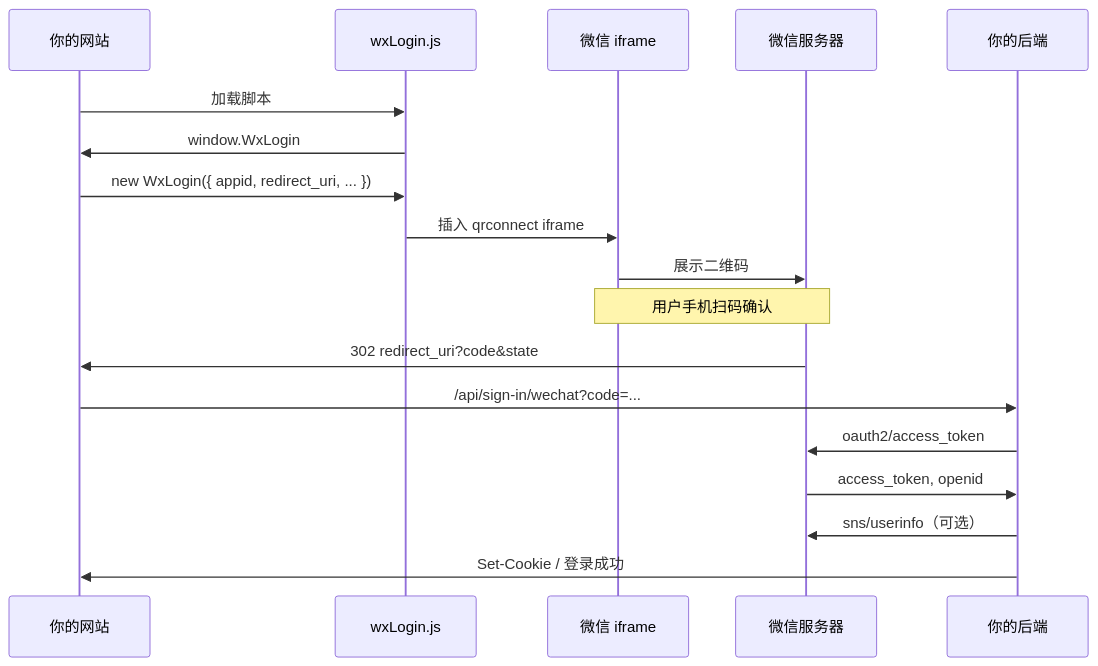
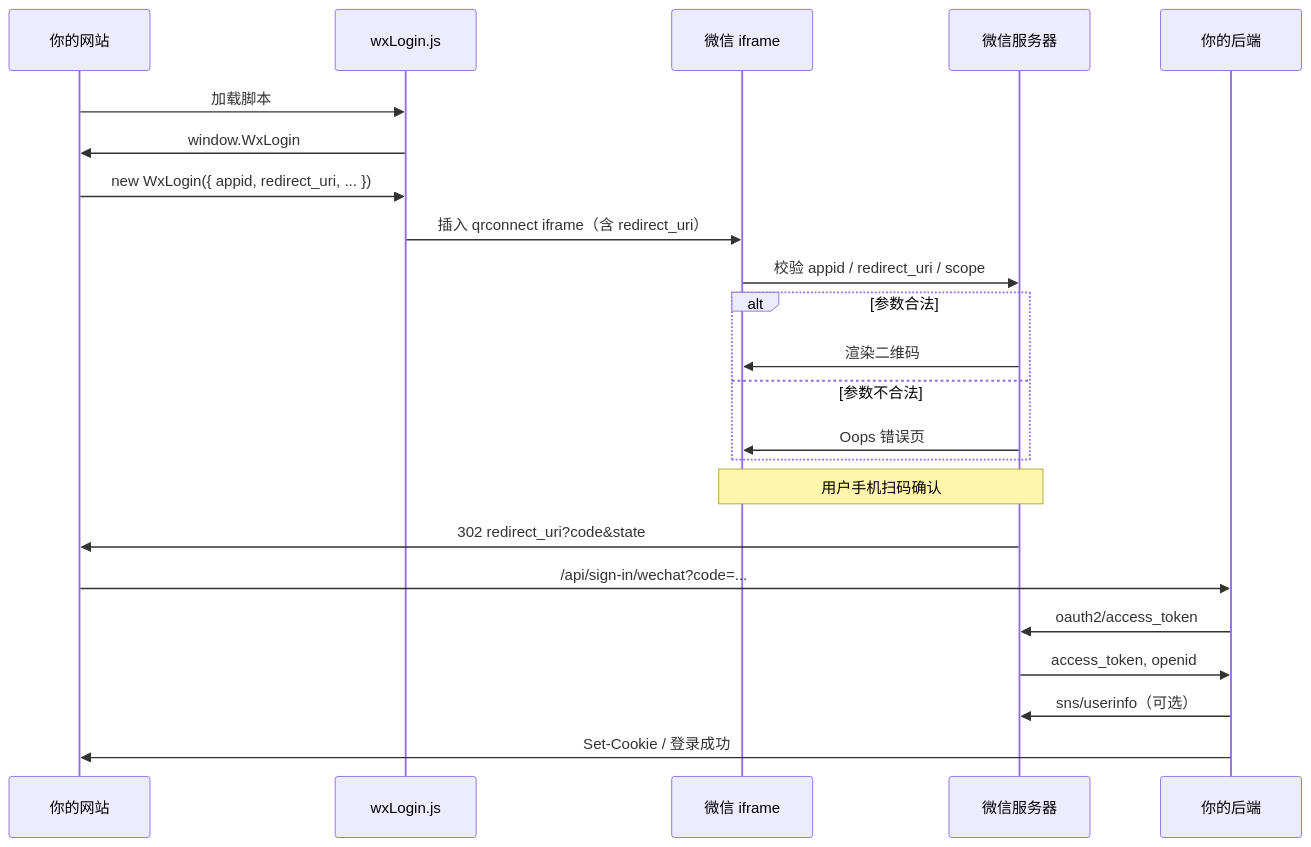
The diagram in docs/posts/需求实现/登录鉴权/微信开放平台网站扫码登录：WxLogin 二维码从哪来.md (herongdev/blog), drawn with Mermaid before and after one commit. The commit also changed other lines of this file, not shown here.

Commit message:
fix: 更新微信扫码登录文档，明确 `redirect_uri` 在二维码生成阶段的校验影响，增加常见错误排查细节

````diff
--- a/docs/posts/需求实现/登录鉴权/微信开放平台网站扫码登录：WxLogin 二维码从哪来.md
+++ b/docs/posts/需求实现/登录鉴权/微信开放平台网站扫码登录：WxLogin 二维码从哪来.md
@@ -153,21 +212,26 @@
 ```mermaid
 sequenceDiagram
   participant Page as 你的网站
   participant WxJS as wxLogin.js
   participant Iframe as 微信 iframe
   participant WX as 微信服务器
   participant API as 你的后端
 
   Page->>WxJS: 加载脚本
   WxJS->>Page: window.WxLogin
   Page->>WxJS: new WxLogin({ appid, redirect_uri, ... })
-  WxJS->>Iframe: 插入 qrconnect iframe
-  Iframe->>WX: 展示二维码
+  WxJS->>Iframe: 插入 qrconnect iframe（含 redirect_uri）
+  Iframe->>WX: 校验 appid / redirect_uri / scope
+  alt 参数合法
+    WX->>Iframe: 渲染二维码
+  else 参数不合法
+    WX->>Iframe: Oops 错误页
+  end
   Note over Iframe,WX: 用户手机扫码确认
   WX->>Page: 302 redirect_uri?code&state
   Page->>API: /api/sign-in/wechat?code=...
   API->>WX: oauth2/access_token
   WX->>API: access_token, openid
   API->>WX: sns/userinfo（可选）
   API->>Page: Set-Cookie / 登录成功
 ```
````
